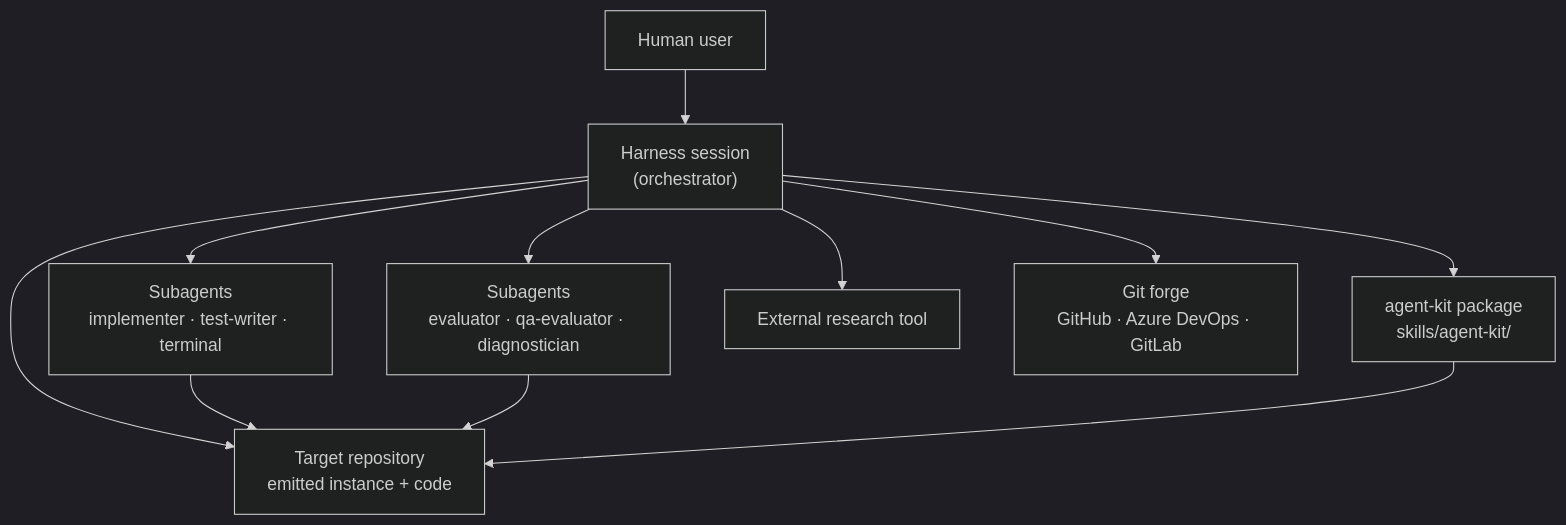
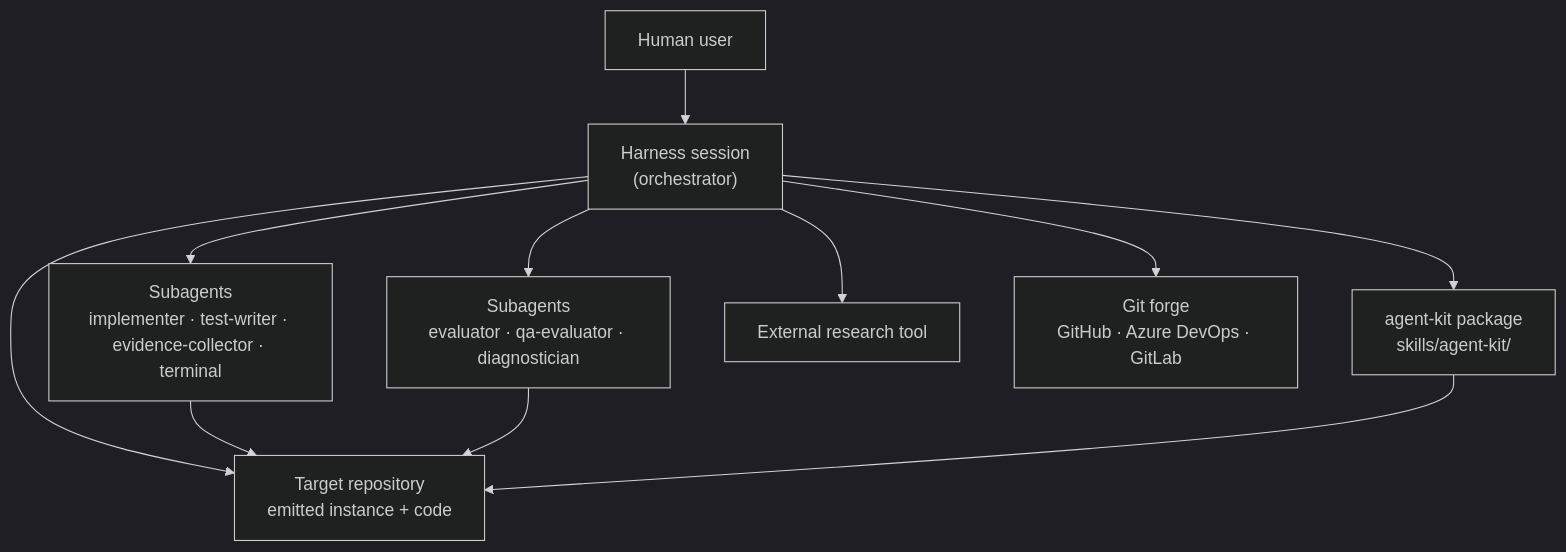
One commit to kdcllc/skills changed the first of 12 diagrams in docs/agent-kit/guide/architecture.md. Above: the diagram before and after it, drawn with Mermaid (dark theme). The commit also changed other lines of this file and 356 other files, not shown here.

````diff
--- a/docs/agent-kit/guide/architecture.md
+++ b/docs/agent-kit/guide/architecture.md
@@ -11,22 +11,22 @@
 ```mermaid
 flowchart TD
     User["Human user"]
     Harness["Harness session\n(orchestrator)"]
-    Workers["Subagents\nimplementer · test-writer · terminal"]
+    Workers["Subagents\nimplementer · test-writer · evidence-collector · terminal"]
     Evaluators["Subagents\nevaluator · qa-evaluator · diagnostician"]
     KitPkg["agent-kit package\nskills/agent-kit/"]
     Repo["Target repository\nemitted instance + code"]
     Research["External research tool"]
     Forge["Git forge\nGitHub · Azure DevOps · GitLab"]
 
     User --> Harness
     Harness --> Workers
     Harness --> Evaluators
     Harness --> KitPkg
     Harness --> Repo
     Harness --> Research
     Harness --> Forge
     Workers --> Repo
     Evaluators --> Repo
     KitPkg --> Repo
 ```
````
